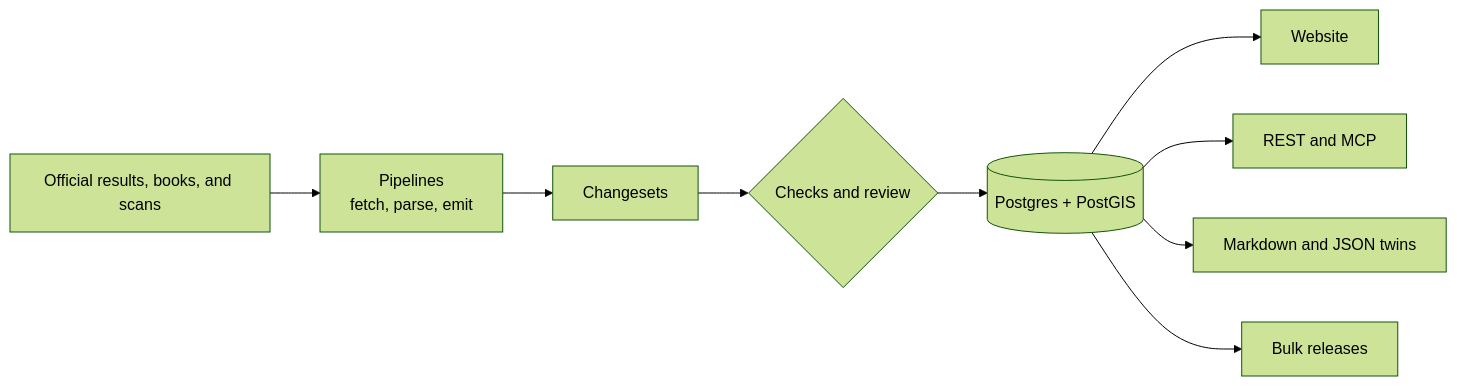
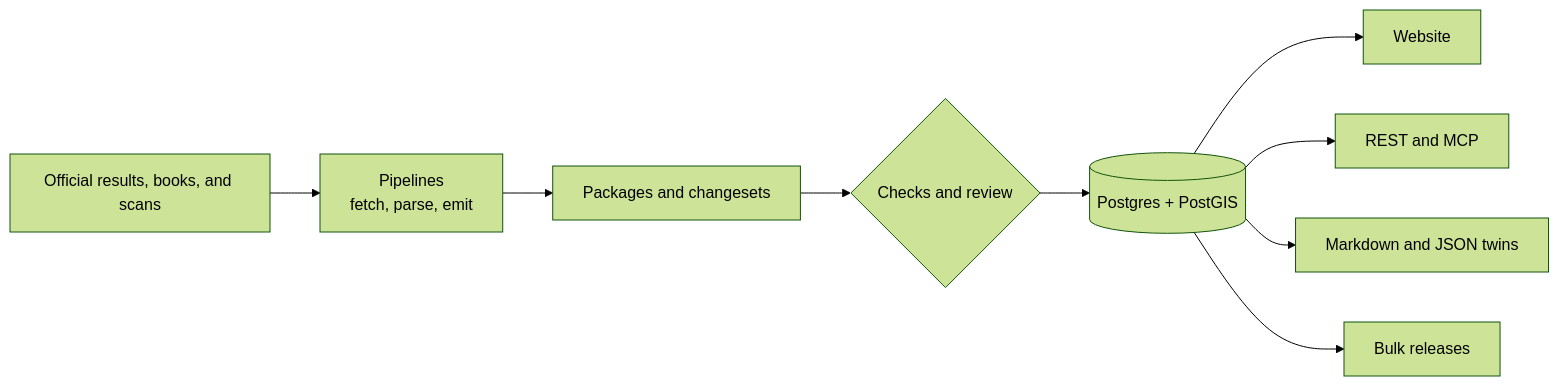
The diagram in README.md (electarchive/electionsarchive), drawn with Mermaid (forest theme) before and after one commit. The commit also changed other lines of this file and 4 other files, not shown here.

````diff
--- a/README.md
+++ b/README.md
@@ -101,11 +101,11 @@
 ```mermaid
 flowchart LR
   S["Official results, books, and scans"] --> P["Pipelines<br>fetch, parse, emit"]
-  P --> C["Changesets"]
+  P --> C["Packages and changesets"]
   C --> A{"Checks and review"}
   A --> D[("Postgres + PostGIS")]
   D --> W["Website"]
   D --> R["REST and MCP"]
   D --> T["Markdown and JSON twins"]
   D --> B["Bulk releases"]
 ```
````
